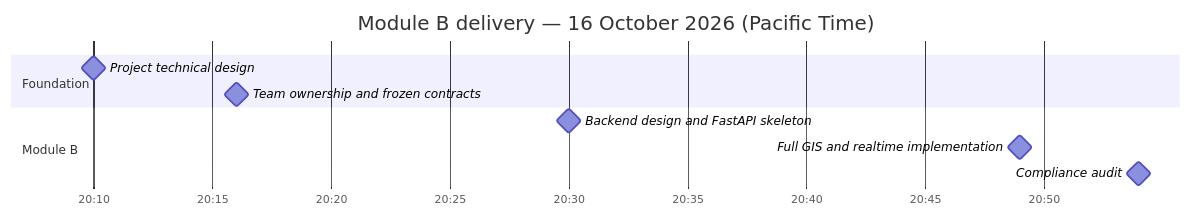
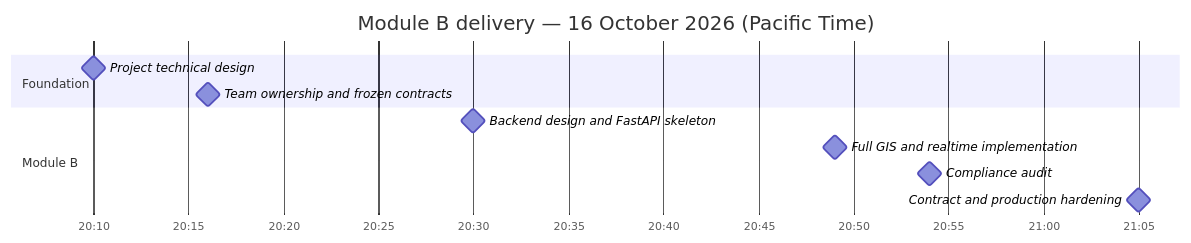
Before and after one commit to ZQC8848/WildfireTwinLA: the second of 3 diagrams in docs/backend-delivery-and-compliance.md, drawn with Mermaid. The commit also changed other lines of this file and 33 other files, not shown here.

````diff
--- a/docs/backend-delivery-and-compliance.md
+++ b/docs/backend-delivery-and-compliance.md
@@ -80,13 +81,14 @@
 ```mermaid
 gantt
     title Module B delivery — 16 October 2026 (Pacific Time)
     dateFormat  YYYY-MM-DD HH:mm
     axisFormat  %H:%M
     section Foundation
     Project technical design             :milestone, m1, 2026-10-16 20:10, 0m
     Team ownership and frozen contracts  :milestone, m2, 2026-10-16 20:16, 0m
     section Module B
     Backend design and FastAPI skeleton  :milestone, m3, 2026-10-16 20:30, 0m
     Full GIS and realtime implementation :milestone, m4, 2026-10-16 20:49, 0m
     Compliance audit                     :milestone, m5, 2026-10-16 20:54, 0m
+    Contract and production hardening    :milestone, m6, 2026-10-16 21:05, 0m
 ```
````
